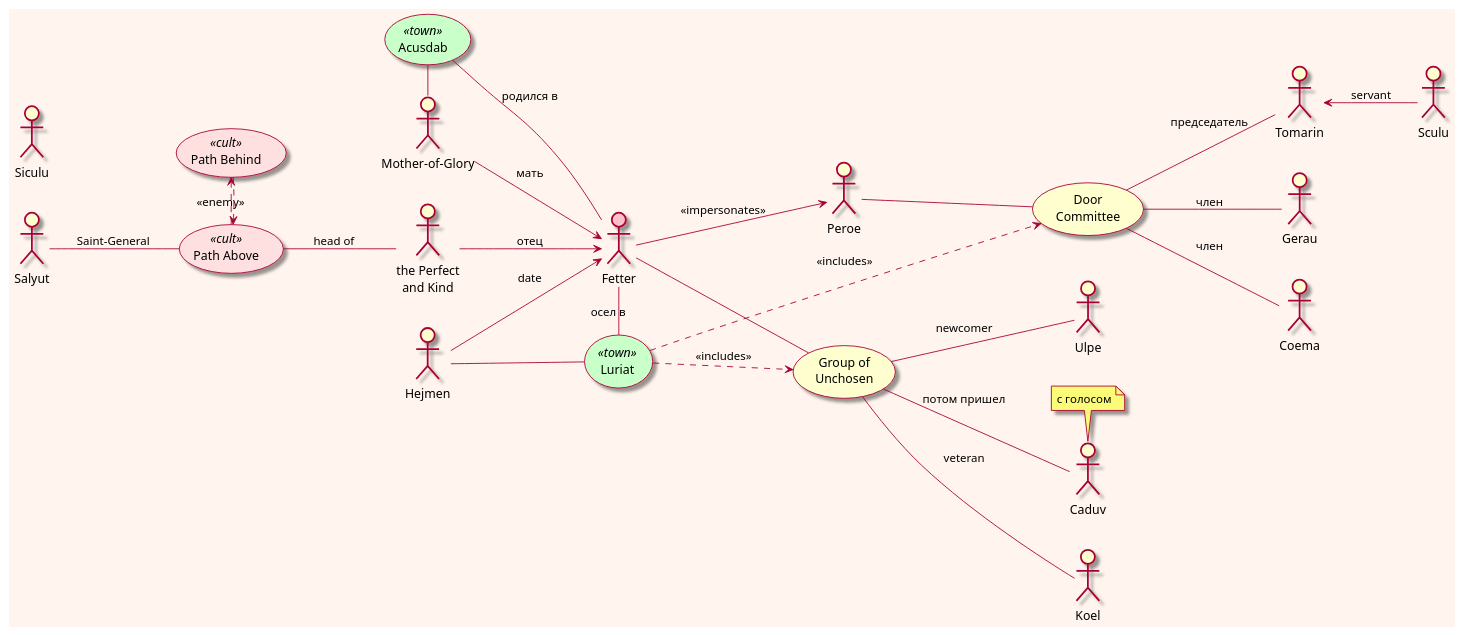
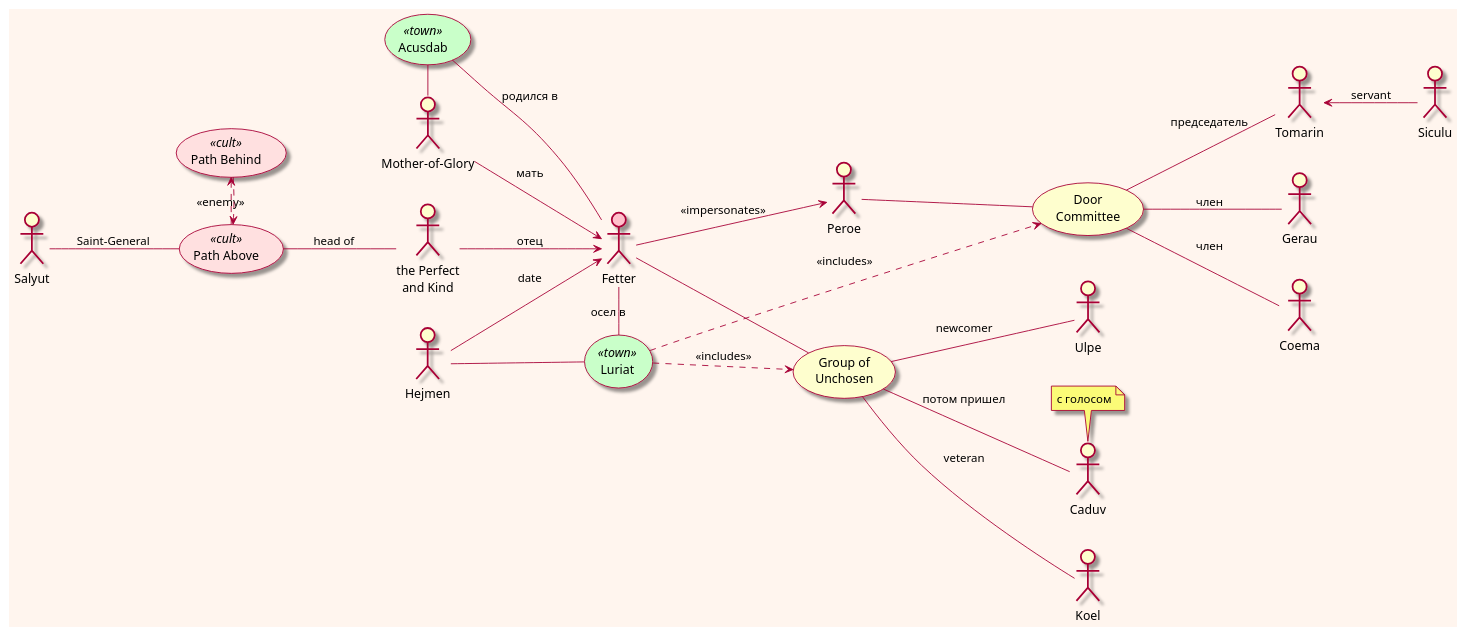
One commit to olek3/reading changed the diagram in The Saint of Bright Doors/The Saint of Bright Doors.puml. Above: the diagram before and after it, drawn with PlantUML. The commit also changed 1 other file, not shown here.

Commit message:
исправили Siculu

```diff
--- a/The Saint of Bright Doors/The Saint of Bright Doors.puml
+++ b/The Saint of Bright Doors/The Saint of Bright Doors.puml
@@ -1,85 +1,84 @@
 @startuml
 
 'left to right direction
 skin rose
 skinparam backgroundcolor seashell
 skinparam wrapwidth 100
 left to right direction
 skinparam usecase<<town>>backgroundcolor technology
 skinparam usecase<<cult>>backgroundcolor implementation
 
 ' Chapter 1
 
 :Fetter: as fetter #pink
 
 :Mother-of-Glory: as mother
 
 :the Perfect and Kind: as father
 
 
 mother --> fetter : мать
 father --> fetter : отец
 
 (Acusdab) <<town>>
 
 (Acusdab) - mother
 (Acusdab) - fetter : родился в
 
 ' Chapter 3
 :Hejmen: as hejmen
 
 hejmen --> fetter : date
 
 (Luriat) as luriat <<town>>
 
 hejmen -- luriat
 fetter - luriat : осел в
 
 (Group of Unchosen) as group
 
 fetter -- group
 
 luriat ..> group : <<includes>>
 
 :Koel:
 :Ulpe:
 
 group -- :Koel: : veteran
 group -- :Ulpe: : newcomer
 
 ' Chapter 4
 
 group -- :Caduv: : потом пришел
 
 note "с голосом"  as caduvNote
 caduvNote . :Caduv:
 
 ' Chapter 7
 
 (Path Above) as above <<cult>>
 (Path Behind) as behind <<cult>>
 above .> behind : <<enemy>>
 behind .> above
 
 above -- father : head of
 
 Salyut -- above : Saint-General
 
-:Siculu:
 
 :Peroe:
 
 fetter --> :Peroe: : <<impersonates>>
 
 :Peroe: -- (Door Committee )
 
 
 (Door Committee ) -- :Tomarin: : председатель
-:Tomarin: <-- :Sculu: : servant
+:Tomarin: <-- :Siculu: : servant
 
 luriat ...> (Door Committee ) : <<includes>>
 
 (Door Committee ) -- :Gerau: : член
 (Door Committee ) -- :Coema: : член
 
 @enduml
```
